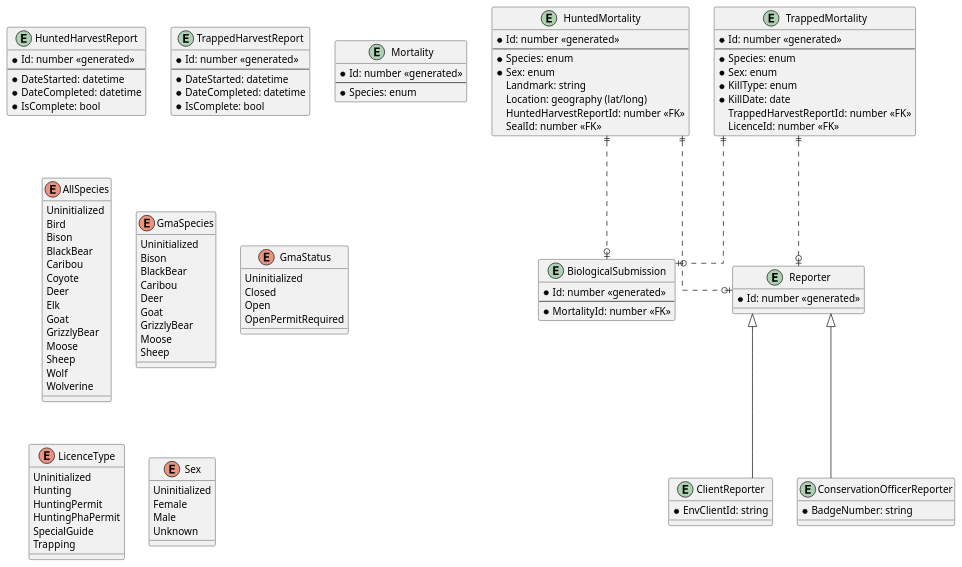
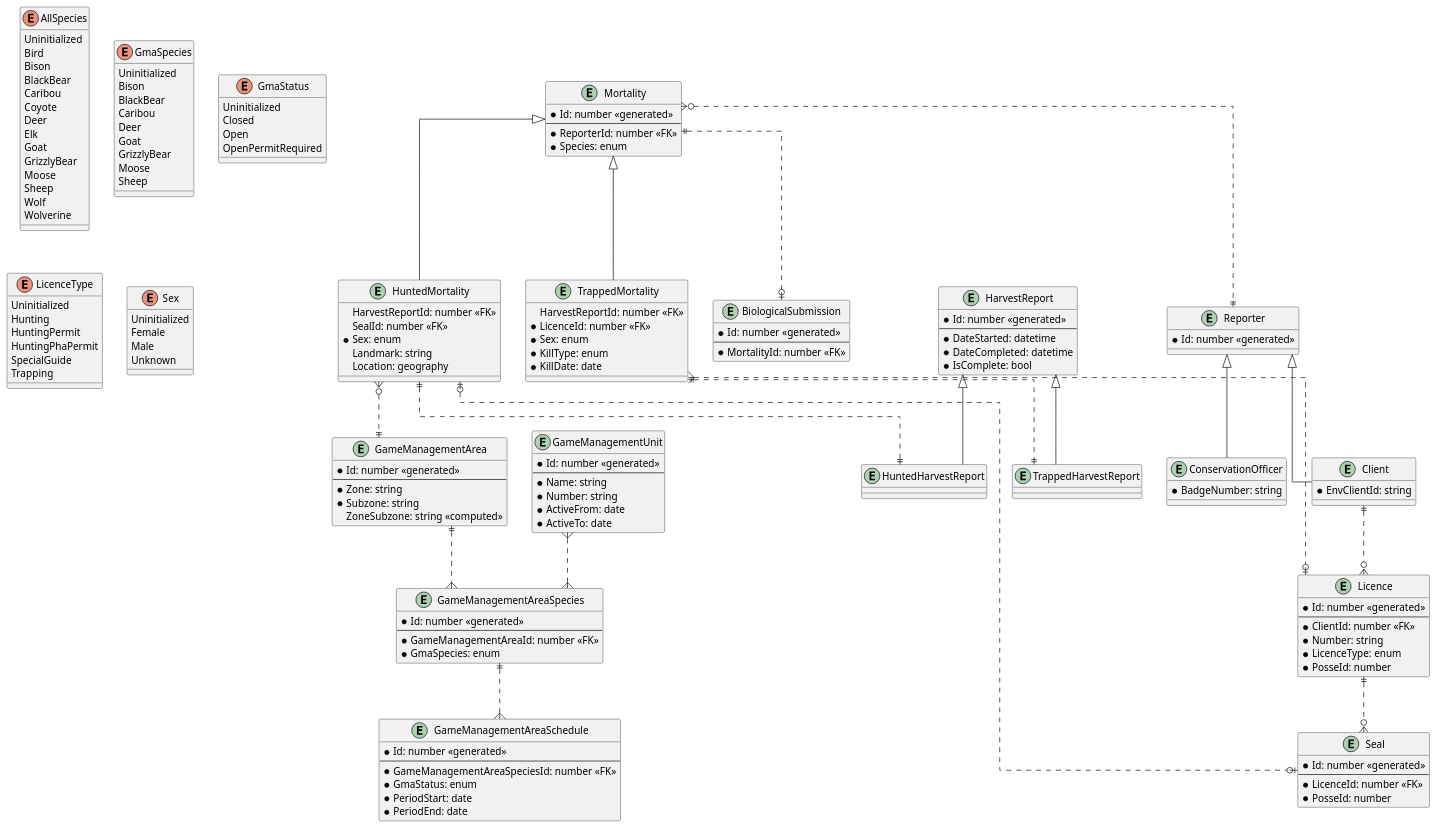
The diagram in planning/logical-erd.plantuml (ytgov-env/wildlife-mortalities), drawn with PlantUML before and after one commit.

Commit message:
Add GMA entities and missing attributes

```diff
--- a/planning/logical-erd.plantuml
+++ b/planning/logical-erd.plantuml
@@ -1,49 +1,49 @@
 @startuml logical-erd
+
 ' avoid problems with angled crows feet
 skinparam linetype ortho
 
-entity "HuntedHarvestReport" as hunted_harvest_report {
-    *Id: number <<generated>>
-    --
-    *DateStarted: datetime
-    *DateCompleted: datetime
-    *IsComplete: bool
+' Entities
+
+together {
+    entity "HarvestReport" as harvest_report {
+        *Id: number <<generated>>
+        --
+        *DateStarted: datetime
+        *DateCompleted: datetime
+        *IsComplete: bool
+    }
+
+    entity "HuntedHarvestReport" as hunted_harvest_report {
+    }
+
+    entity "TrappedHarvestReport" as trapped_harvest_report {
+    }
 }
 
-entity "TrappedHarvestReport" as trapped_harvest_report {
-    *Id: number <<generated>>
-    --
-    *DateStarted: datetime
-    *DateCompleted: datetime
-    *IsComplete: bool
-}
+together {
+    entity "Mortality" as mortality {
+        *Id: number <<generated>>
+        --
+        *ReporterId: number <<FK>>
+        *Species: enum
+    }
 
-entity "Mortality" as mortality {
-    *Id: number <<generated>>
-    --
-    *Species: enum
-}
+    entity "HuntedMortality" as hunted_mortality {
+        HarvestReportId: number <<FK>>
+        SealId: number <<FK>>
+        *Sex: enum
+        Landmark: string
+        Location: geography
+    }
 
-entity "HuntedMortality" as hunted_mortality {
-    *Id: number <<generated>>
-    --
-    *Species: enum
-    *Sex: enum
-    Landmark: string
-    Location: geography (lat/long)
-    HuntedHarvestReportId: number <<FK>>
-    SealId: number <<FK>>
-}
-
-entity "TrappedMortality" as trapped_mortality {
-    *Id: number <<generated>>
-    --
-    *Species: enum
-    *Sex: enum
-    *KillType: enum
-    *KillDate: date
-    TrappedHarvestReportId: number <<FK>>
-    LicenceId: number <<FK>>
+    entity "TrappedMortality" as trapped_mortality {
+        HarvestReportId: number <<FK>>
+        *LicenceId: number <<FK>>
+        *Sex: enum
+        *KillType: enum
+        *KillDate: date
+    }
 }
 
 entity "BiologicalSubmission" as biological_submission {
@@ -52,77 +52,155 @@
     *MortalityId: number <<FK>>
 }
 
-entity "ClientReporter" as client {
-    *EnvClientId: string
+
+
+together {
+    entity "Reporter" as reporter {
+    *Id: number <<generated>>
+    }
+    
+    entity "ConservationOfficer" as conservation_officer {
+    *BadgeNumber: string
+    }
+
+    together {
+        entity "Client" as client {
+        *EnvClientId: string
+        }
+
+        entity "Licence" as licence {
+            *Id: number <<generated>>
+            --
+            *ClientId: number <<FK>>
+            *Number: string
+            *LicenceType: enum
+            *PosseId: number
+        }
+
+        entity "Seal" as seal {
+            *Id: number <<generated>>
+            --
+            *LicenceId: number <<FK>>
+            *PosseId: number
+        }
+    }
 }
 
-entity "ConservationOfficerReporter" as conservation_officer {
-    *BadgeNumber: string
-}
+'together {
+    entity "GameManagementArea" as game_management_area {
+        *Id: number <<generated>>
+        --
+        *Zone: string
+        *Subzone: string
+        ZoneSubzone: string <<computed>>
+    }
 
-entity "Reporter" as reporter {
-    *Id: number <<generated>>
-}
+    entity "GameManagementAreaSpecies" as game_management_area_species {
+        *Id: number <<generated>>
+        --
+        *GameManagementAreaId: number <<FK>>
+        *GmaSpecies: enum
+    }
+
+    entity "GameManagementAreaSchedule" as game_management_area_schedule {
+        *Id: number <<generated>>
+        --
+        *GameManagementAreaSpeciesId: number <<FK>>
+        *GmaStatus: enum
+        *PeriodStart: date
+        *PeriodEnd: date
+    }
+
+    entity "GameManagementUnit" as game_management_unit {
+        *Id: number <<generated>>
+        --
+        *Name: string
+        *Number: string
+        *ActiveFrom: date
+        *ActiveTo: date
+    }
+'}
+
+' Inheritance
 
 reporter <|-- client
 reporter <|-- conservation_officer
 
-hunted_mortality ||..o| biological_submission
-trapped_mortality ||..o| biological_submission
+harvest_report <|-- hunted_harvest_report
+harvest_report <|-- trapped_harvest_report
 
-hunted_mortality ||..o| reporter
+mortality <|-- hunted_mortality
+mortality <|-- trapped_mortality
 
-trapped_mortality ||..o| reporter
+' Relationships
+
+mortality ||..o| biological_submission
+mortality }o..|| reporter
+
+trapped_mortality }..o| licence
+trapped_mortality ||..|| trapped_harvest_report
+hunted_mortality ||..|| hunted_harvest_report
+hunted_mortality }o..|| game_management_area
+hunted_mortality |o..o| seal
+
+client ||..o{ licence
+licence ||..o{ seal
+
+game_management_area ||..{ game_management_area_species
+game_management_area_species ||..{ game_management_area_schedule
+game_management_unit }..{ game_management_area_species
+
+' Enums
 
 enum "AllSpecies" as all_species {
-    Uninitialized
-    Bird
-    Bison
-    BlackBear
-    Caribou
-    Coyote
-    Deer
-    Elk
-    Goat
-    GrizzlyBear
-    Moose
-    Sheep
-    Wolf
-    Wolverine
+Uninitialized
+Bird
+Bison
+BlackBear
+Caribou
+Coyote
+Deer
+Elk
+Goat
+GrizzlyBear
+Moose
+Sheep
+Wolf
+Wolverine
 }
 
 enum "GmaSpecies" as gma_species {
-    Uninitialized
-    Bison
-    BlackBear
-    Caribou
-    Deer
-    Goat
-    GrizzlyBear
-    Moose
-    Sheep
+Uninitialized
+Bison
+BlackBear
+Caribou
+Deer
+Goat
+GrizzlyBear
+Moose
+Sheep
 }
 
 enum "GmaStatus" as gma_status {
-    Uninitialized
-    Closed
-    Open
-    OpenPermitRequired
+Uninitialized
+Closed
+Open
+OpenPermitRequired
 }
 
 enum "LicenceType" as licence_type {
-    Uninitialized
-    Hunting
-    HuntingPermit
-    HuntingPhaPermit
-    SpecialGuide
-    Trapping
+Uninitialized
+Hunting
+HuntingPermit
+HuntingPhaPermit
+SpecialGuide
+Trapping
 }
 
 enum "Sex" as sex {
-    Uninitialized
-    Female
-    Male
-    Unknown
+Uninitialized
+Female
+Male
+Unknown
 }
 @enduml
```
